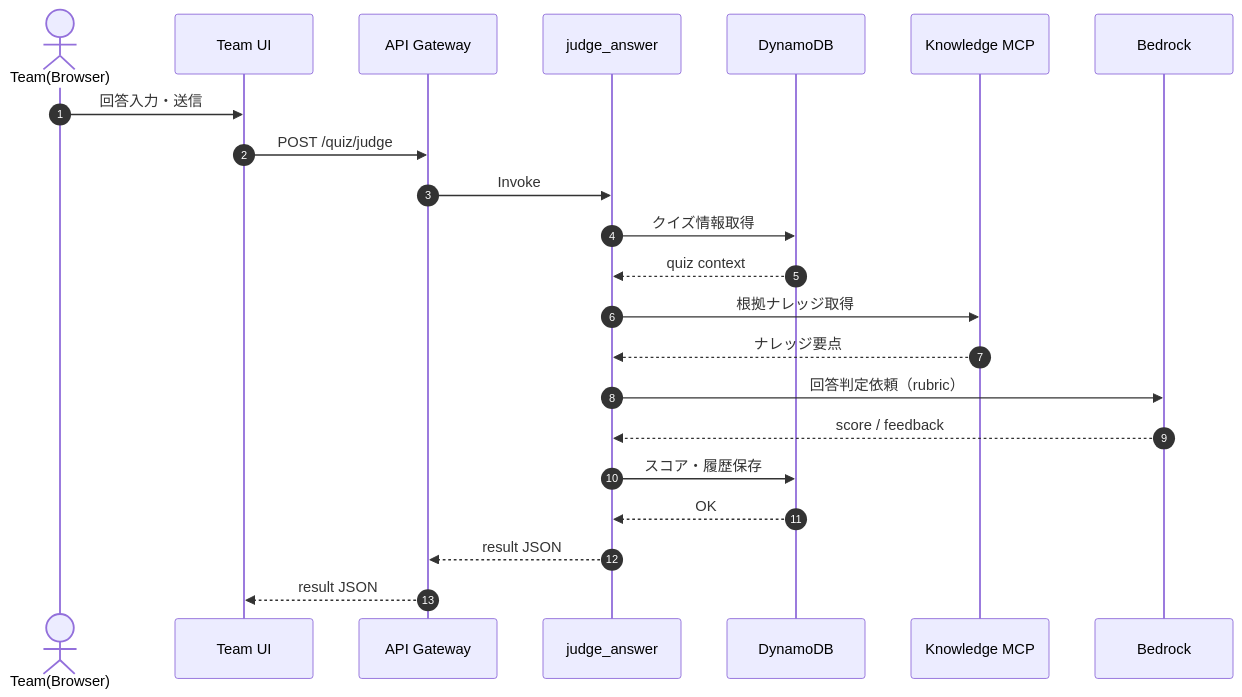
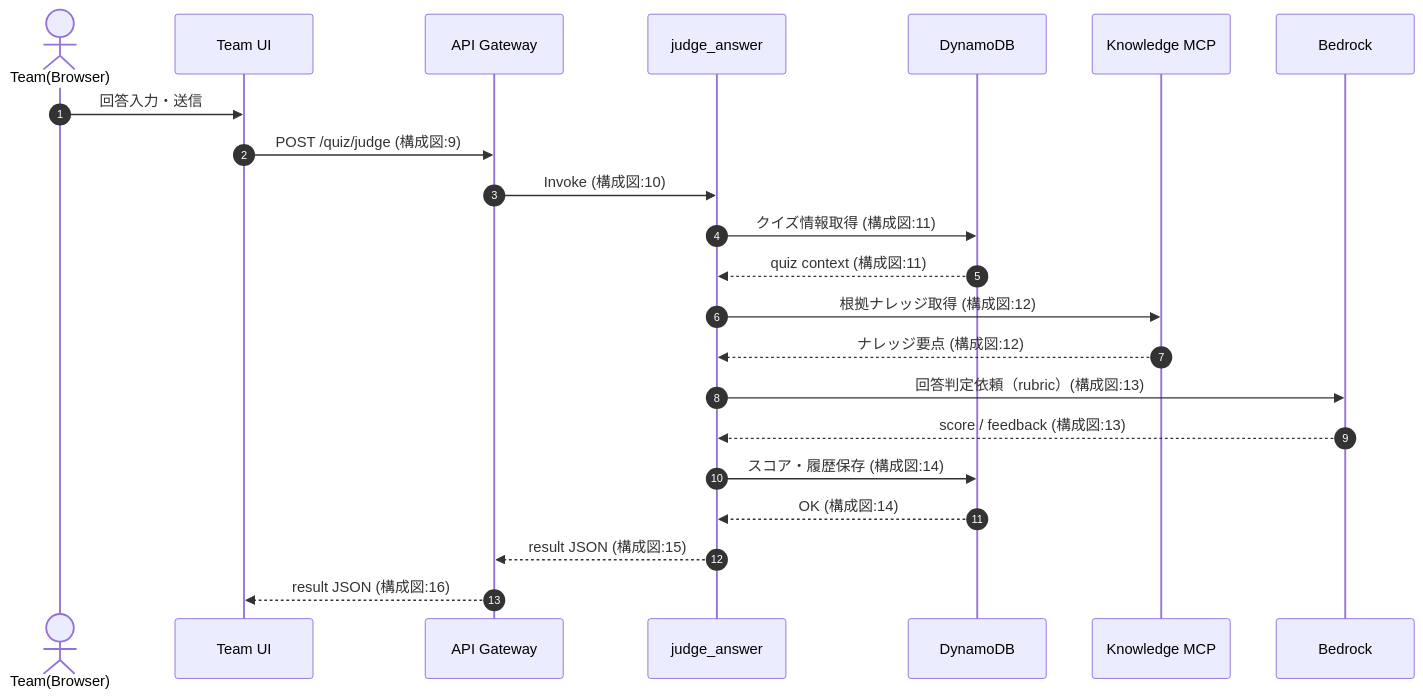
The fifth of 6 diagrams in README.md (hatanoyoshihiko/aws_knowledge_quiz), drawn with Mermaid before and after one commit. The commit also changed other lines of this file, not shown here.

````diff
--- a/README.md
+++ b/README.md
@@ -234,30 +234,30 @@
 ```mermaid
 sequenceDiagram
   autonumber
   actor Team as Team(Browser)
   participant FET as Team UI
   participant GW as API Gateway
   participant JA as judge_answer
   participant DB as DynamoDB
   participant MCP as Knowledge MCP
   participant BR as Bedrock
 
   Team->>FET: 回答入力・送信
-  FET->>GW: POST /quiz/judge
-  GW->>JA: Invoke
+  FET->>GW: POST /quiz/judge (構成図:9)
+  GW->>JA: Invoke (構成図:10)
 
-  JA->>DB: クイズ情報取得
-  DB-->>JA: quiz context
+  JA->>DB: クイズ情報取得 (構成図:11)
+  DB-->>JA: quiz context (構成図:11)
 
-  JA->>MCP: 根拠ナレッジ取得
-  MCP-->>JA: ナレッジ要点
+  JA->>MCP: 根拠ナレッジ取得 (構成図:12)
+  MCP-->>JA: ナレッジ要点 (構成図:12)
 
-  JA->>BR: 回答判定依頼（rubric）
-  BR-->>JA: score / feedback
+  JA->>BR: 回答判定依頼（rubric）(構成図:13)
+  BR-->>JA: score / feedback (構成図:13)
 
-  JA->>DB: スコア・履歴保存
-  DB-->>JA: OK
+  JA->>DB: スコア・履歴保存 (構成図:14)
+  DB-->>JA: OK (構成図:14)
 
-  JA-->>GW: result JSON
-  GW-->>FET: result JSON
+  JA-->>GW: result JSON (構成図:15)
+  GW-->>FET: result JSON (構成図:16)
 ```
````
